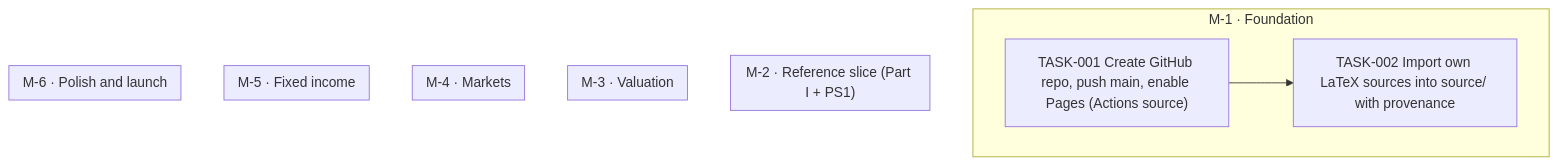
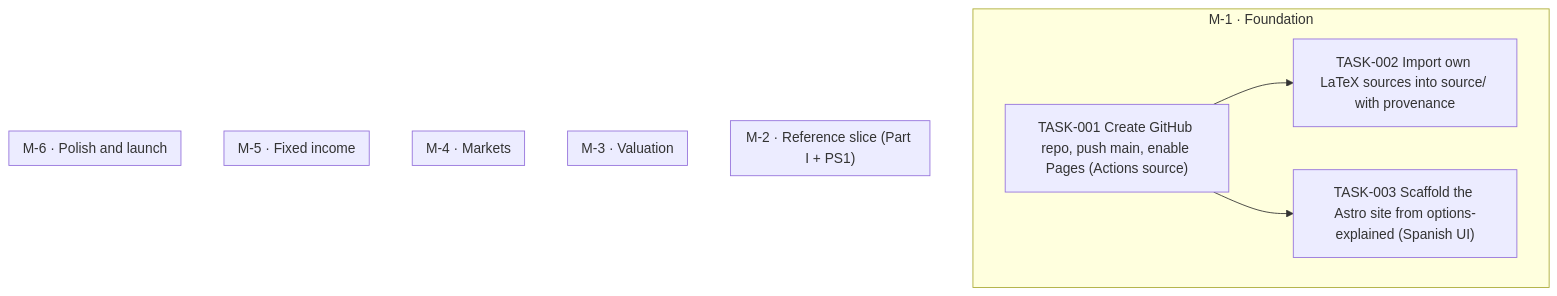
Before and after one commit to jesusvillota/economia-financiera: the diagram in goals/course-site/README.md, drawn with Mermaid. The commit also changed 1 other file, not shown here.

Commit message:
goal(course-site): add TASK-003 Scaffold the Astro site from options-explained (Spanish UI)

````diff
--- a/goals/course-site/README.md
+++ b/goals/course-site/README.md
@@ -19,21 +19,23 @@
 ```mermaid
 flowchart TD
   subgraph M_1["M-1 · Foundation"]
     TASK_001["TASK-001 Create GitHub repo, push main, enable Pages (Actions source)"]
     TASK_002["TASK-002 Import own LaTeX sources into source/ with provenance"]
+    TASK_003["TASK-003 Scaffold the Astro site from options-explained (Spanish UI)"]
   end
   subgraph M_2["M-2 · Reference slice (Part I + PS1)"]
   end
   subgraph M_3["M-3 · Valuation"]
   end
   subgraph M_4["M-4 · Markets"]
   end
   subgraph M_5["M-5 · Fixed income"]
   end
   subgraph M_6["M-6 · Polish and launch"]
   end
   TASK_001 --> TASK_002
+  TASK_001 --> TASK_003
   classDef draft stroke-dasharray: 4 3
   classDef cancelled opacity:0.45
   classDef decision fill:#f3e8ff,stroke:#7c3aed
 ```
````
